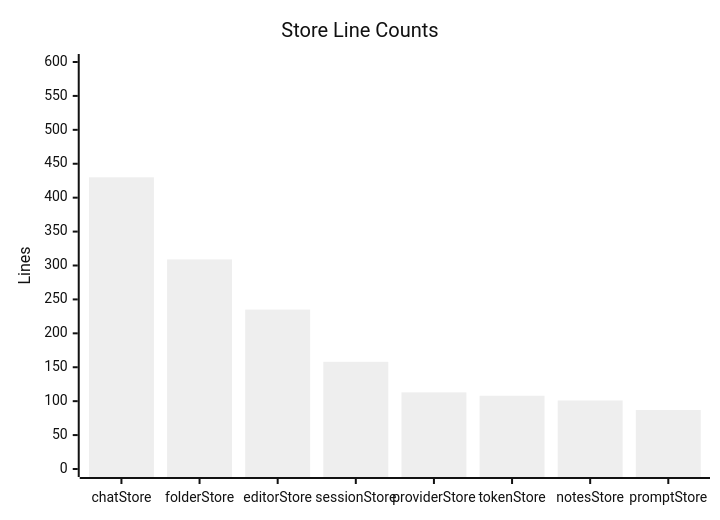
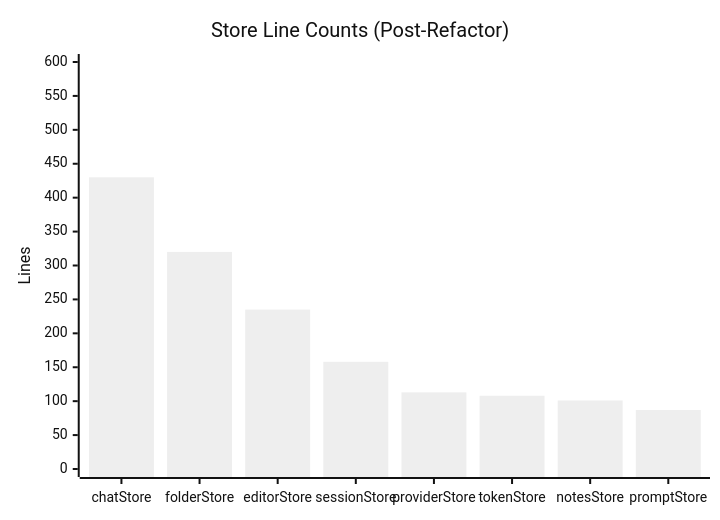
One commit to m1981/kuchnie changed diagram 11 of 12 in kitchen-agent/docs/specs/frontend-diagrams.md. Above: the diagram before and after it, drawn with Mermaid (neutral theme). The commit also changed other lines of this file and 1 other file, not shown here.

First line of the commit message:
docs: update architecture diagrams for refactor v2

````diff
--- a/kitchen-agent/docs/specs/frontend-diagrams.md
+++ b/kitchen-agent/docs/specs/frontend-diagrams.md
@@ -553,7 +612,7 @@
 ```mermaid
 xychart-beta
-    title "Store Line Counts"
+    title "Store Line Counts (Post-Refactor)"
     x-axis ["chatStore", "folderStore", "editorStore", "sessionStore", "providerStore", "tokenStore", "notesStore", "promptStore"]
     y-axis "Lines" 0 --> 600
-    bar [430, 309, 235, 158, 113, 108, 101, 87]
+    bar [430, 320, 235, 158, 113, 108, 101, 87]
 ```
````
